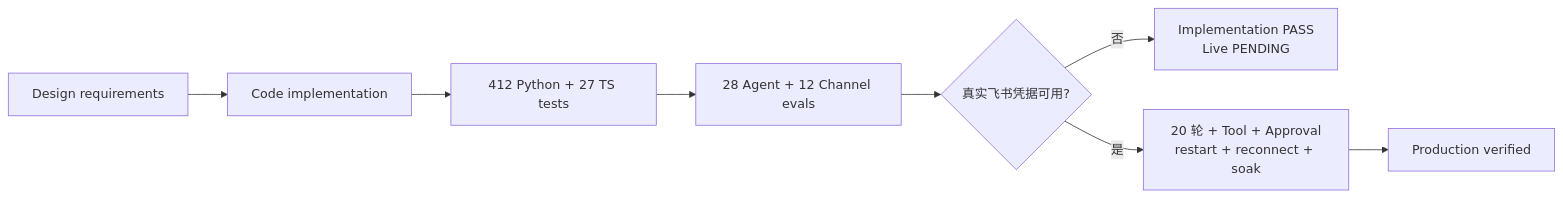
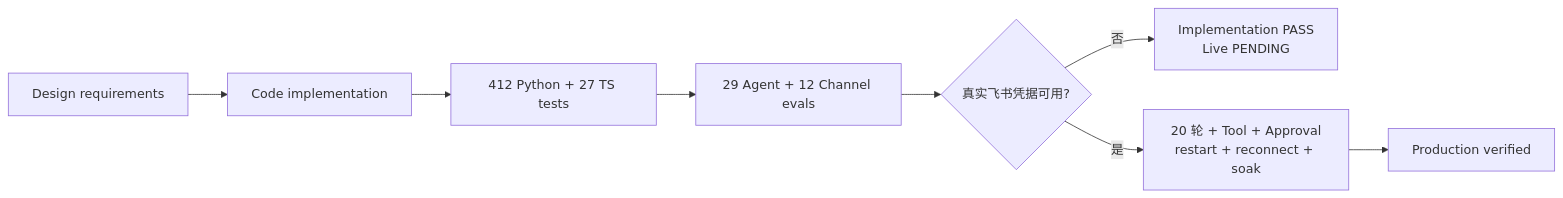
One commit to NEDONION/lobster0 changed the first of 2 diagrams in docs/engineering/phase-4/completion-audit.md. Above: the diagram before and after it, drawn with Mermaid. The commit also changed other lines of this file and 58 other files, not shown here.

````diff
--- a/docs/engineering/phase-4/completion-audit.md
+++ b/docs/engineering/phase-4/completion-audit.md
@@ -17,10 +17,10 @@
 ```mermaid
 flowchart LR
     D["Design requirements"] --> C["Code implementation"]
     C --> U["412 Python + 27 TS tests"]
-    U --> E["28 Agent + 12 Channel evals"]
+    U --> E["29 Agent + 12 Channel evals"]
     E --> L{"真实飞书凭据可用?"}
     L -->|"否"| P["Implementation PASS\nLive PENDING"]
     L -->|"是"| R["20 轮 + Tool + Approval\nrestart + reconnect + soak"]
     R --> X["Production verified"]
 ```
````
